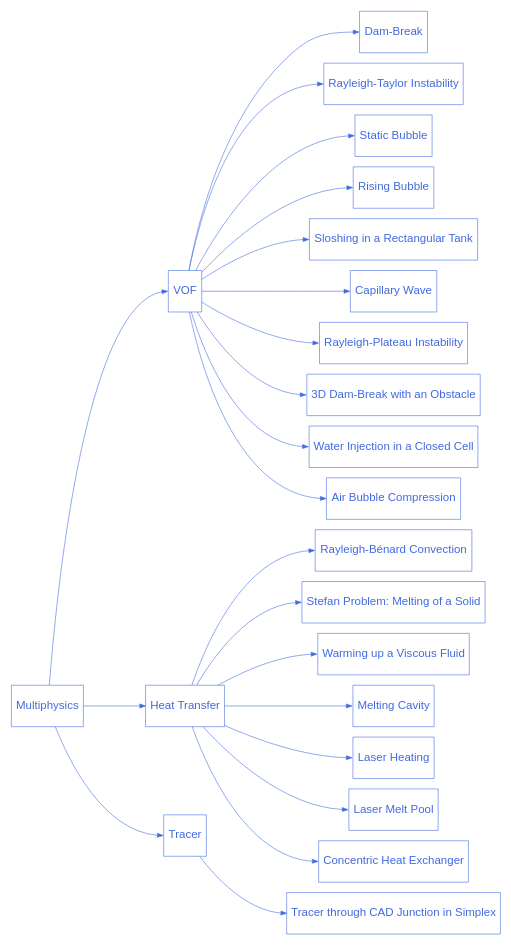
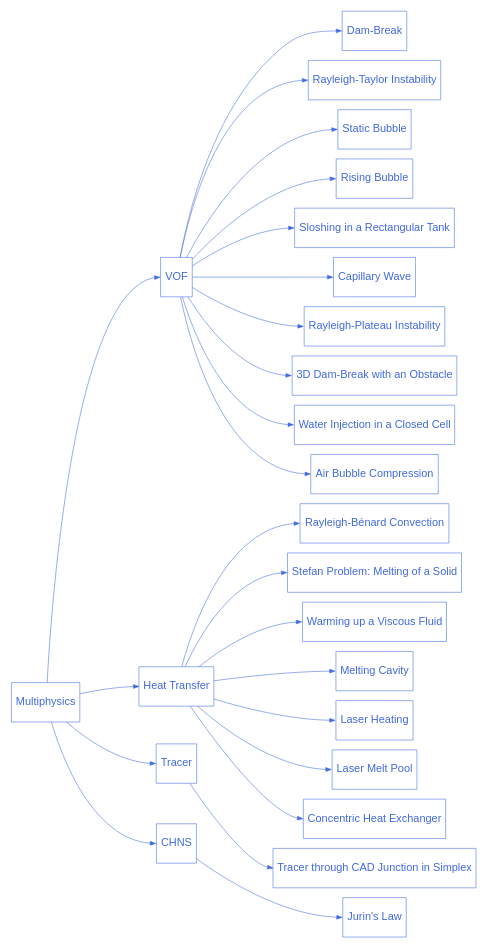
Before and after one commit to chaos-polymtl/lethe: the diagram in doc/source/examples/multiphysics/multiphysics.rst, drawn with Graphviz. The commit also changed other lines of this file and 3 other files, not shown here.

Commit message:
add jurins-law example into doc arhcitecture and begin writing

```diff
--- a/doc/source/examples/multiphysics/multiphysics.rst
+++ b/doc/source/examples/multiphysics/multiphysics.rst
@@ -64,9 +65,14 @@
 
       multiphysics_3_1 [label="Tracer through CAD Junction in Simplex", href="https://chaos-polymtl.github.io/lethe/documentation/examples/multiphysics/tracer-through-cad-junction/tracer-through-cad-junction.html"];
 
+      multiphysics_4 [label="CHNS", href="https://chaos-polymtl.github.io/lethe/documentation/examples/multiphysics/chns.html"];
+
+      multiphysics_4_1 [label="Jurin's Law", href="https://chaos-polymtl.github.io/lethe/documentation/examples/multiphysics/jurins-law/jurins-law.html"];
+
       multiphysics -> multiphysics_1:w;
       multiphysics -> multiphysics_2:w;
       multiphysics -> multiphysics_3:w;
+      multiphysics -> multiphysics_4:w;
 
       multiphysics_1 -> multiphysics_1_1:w;
       multiphysics_1 -> multiphysics_1_2:w;
@@ -88,4 +94,6 @@
       multiphysics_2 -> multiphysics_2_7:w;
 
       multiphysics_3 -> multiphysics_3_1:w;
+
+      multiphysics_4 -> multiphysics_4_1:w;
     }
```
